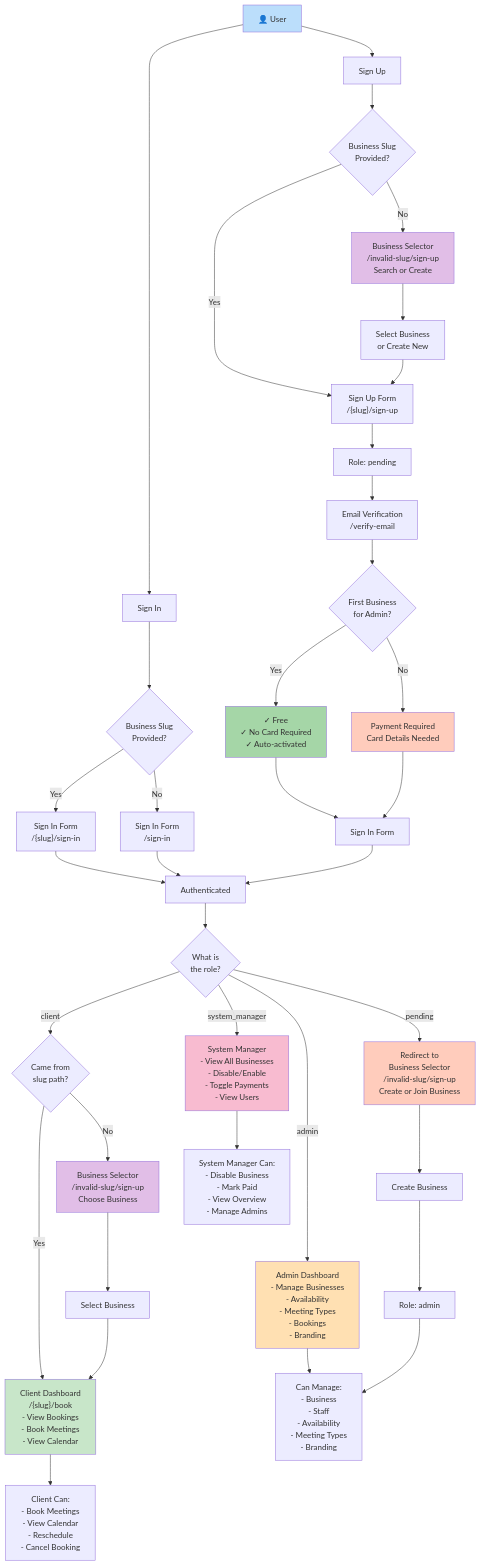
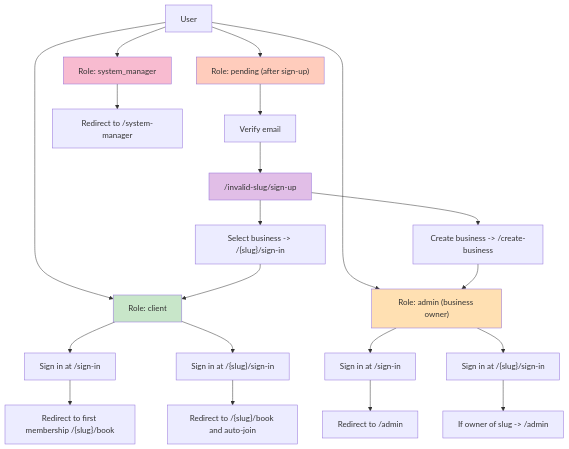
Before and after one commit to CodeNation-Studio-Dev/chrono-agenda-app: the third of 3 diagrams in README.md, drawn with Mermaid. The commit also changed other lines of this file and 7 other files, not shown here.

Commit message:
add signup to bussiness flow

````diff
--- a/README.md
+++ b/README.md
@@ -294,66 +278,33 @@
 ```mermaid
 graph TD
-    User["👤 User"]
-    
-    User --> SignUp["Sign Up"]
-    User --> SignIn["Sign In"]
-    
-    SignUp --> SignUpPath{Business Slug<br/>Provided?}
-    SignUpPath -->|Yes| SignUpForm["Sign Up Form<br/>/{slug}/sign-up"]
-    SignUpPath -->|No| BusinessSelector["Business Selector<br/>/invalid-slug/sign-up<br/>Search or Create"]
-    
-    BusinessSelector --> SelectOrCreate["Select Business<br/>or Create New"]
-    SelectOrCreate --> SignUpForm
-    
-    SignUpForm --> PendingRole["Role: pending"]
-    PendingRole --> EmailVerify["Email Verification<br/>/verify-email"]
-    EmailVerify --> CheckFirstBusiness{First Business<br/>for Admin?}
-    
-    CheckFirstBusiness -->|Yes| FreePayment["✓ Free<br/>✓ No Card Required<br/>✓ Auto-activated"]
-    CheckFirstBusiness -->|No| NeedPayment["Payment Required<br/>Card Details Needed"]
-    
-    FreePayment --> SignInForm["Sign In Form"]
-    NeedPayment --> SignInForm
-    
-    SignIn --> SignInPath{Business Slug<br/>Provided?}
-    SignInPath -->|Yes| SignInWithSlug["Sign In Form<br/>/{slug}/sign-in"]
-    SignInPath -->|No| SignInWithoutSlug["Sign In Form<br/>/sign-in"]
-    
-    SignInWithSlug --> AuthSuccess["Authenticated"]
-    SignInWithoutSlug --> AuthSuccess
-    SignInForm --> AuthSuccess
-    
-    AuthSuccess --> CheckRole{What is<br/>the role?}
-    
-    CheckRole -->|pending| PendingDash["Redirect to<br/>Business Selector<br/>/invalid-slug/sign-up<br/>Create or Join Business"]
-    CheckRole -->|client| ClientRedirect{Came from<br/>slug path?}
-    CheckRole -->|admin| AdminDash["Admin Dashboard<br/>- Manage Businesses<br/>- Availability<br/>- Meeting Types<br/>- Bookings<br/>- Branding"]
-    CheckRole -->|system_manager| SysMgrDash["System Manager<br/>- View All Businesses<br/>- Disable/Enable<br/>- Toggle Payments<br/>- View Users"]
-    
-    ClientRedirect -->|Yes| ClientDash["Client Dashboard<br/>/{slug}/book<br/>- View Bookings<br/>- Book Meetings<br/>- View Calendar"]
-    ClientRedirect -->|No| ClientSelector["Business Selector<br/>/invalid-slug/sign-up<br/>Choose Business"]
-    
-    PendingDash --> CreateBusiness["Create Business"]
-    ClientSelector --> SelectBusiness["Select Business"]
-    
-    CreateBusiness --> BecomeAdmin["Role: admin"]
-    SelectBusiness --> ClientDash
-    
-    AdminDash --> CanManage["Can Manage:<br/>- Business<br/>- Staff<br/>- Availability<br/>- Meeting Types<br/>- Branding"]
-    
-    ClientDash --> ClientActions["Client Can:<br/>- Book Meetings<br/>- View Calendar<br/>- Reschedule<br/>- Cancel Booking"]
-    
-    SysMgrDash --> SysMgrActions["System Manager Can:<br/>- Disable Business<br/>- Mark Paid<br/>- View Overview<br/>- Manage Admins"]
-    
-    BecomeAdmin --> CanManage
-    
-    style User fill:#bbdefb
-    style BusinessSelector fill:#e1bee7
-    style PendingDash fill:#ffccbc
-    style ClientDash fill:#c8e6c9
-    style ClientSelector fill:#e1bee7
-    style AdminDash fill:#ffe0b2
-    style SysMgrDash fill:#f8bbd0
-    style FreePayment fill:#a5d6a7
-    style NeedPayment fill:#ffccbc
+    User["User"] --> Pending["Role: pending (after sign-up)"]
+    User --> Client["Role: client"]
+    User --> Admin["Role: admin (business owner)"]
+    User --> SysMgr["Role: system_manager"]
+
+    Pending --> Verify["Verify email"]
+    Verify --> Selector["/invalid-slug/sign-up"]
+    Selector --> SelectBusiness["Select business -> /{slug}/sign-in"]
+    Selector --> CreateBusiness["Create business -> /create-business"]
+
+    SelectBusiness --> Client
+    CreateBusiness --> Admin
+
+    Client --> ClientSignInNoSlug["Sign in at /sign-in"]
+    Client --> ClientSignInSlug["Sign in at /{slug}/sign-in"]
+    ClientSignInNoSlug --> ClientNoSlugResult["Redirect to first membership /{slug}/book"]
+    ClientSignInSlug --> ClientSlugResult["Redirect to /{slug}/book and auto-join"]
+
+    Admin --> AdminSignInNoSlug["Sign in at /sign-in"]
+    Admin --> AdminSignInSlug["Sign in at /{slug}/sign-in"]
+    AdminSignInNoSlug --> AdminNoSlugResult["Redirect to /admin"]
+    AdminSignInSlug --> AdminSlugResult["If owner of slug -> /admin"]
+
+    SysMgr --> SysMgrResult["Redirect to /system-manager"]
+
+    style Pending fill:#ffccbc
+    style Client fill:#c8e6c9
+    style Admin fill:#ffe0b2
+    style SysMgr fill:#f8bbd0
+    style Selector fill:#e1bee7
 ```
````
